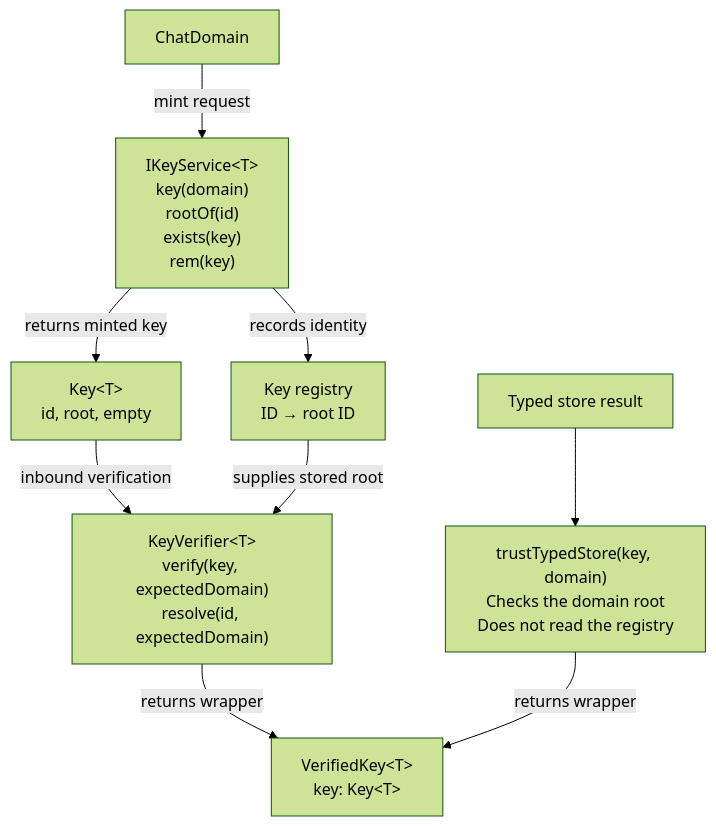
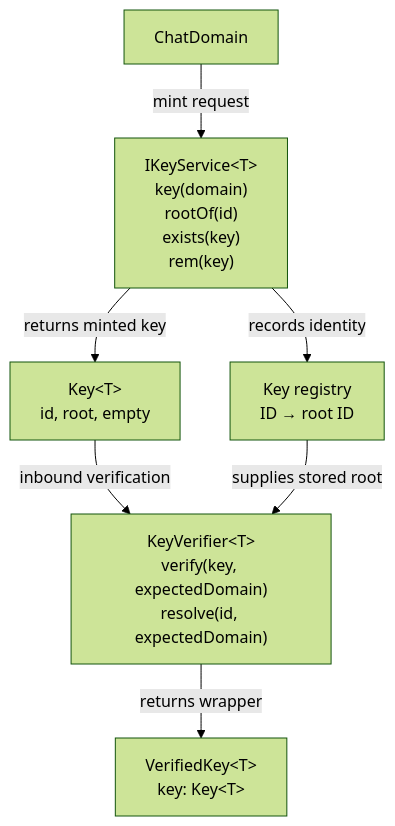
Before and after one commit to marios-code-path/demo-chat: the third of 4 diagrams in docs/KEY-ROOT-IDENTITY.md, drawn with Mermaid (forest theme). The commit also changed other lines of this file and 23 other files, not shown here.

````diff
--- a/docs/KEY-ROOT-IDENTITY.md
+++ b/docs/KEY-ROOT-IDENTITY.md
@@ -89,20 +89,16 @@
 ```mermaid
 flowchart TD
     DOMAIN["ChatDomain"]
     SERVICE["IKeyService&lt;T&gt;<br/>key(domain)<br/>rootOf(id)<br/>exists(key)<br/>rem(key)"]
     REGISTRY["Key registry<br/>ID → root ID"]
     KEY["Key&lt;T&gt;<br/>id, root, empty"]
     VERIFIER["KeyVerifier&lt;T&gt;<br/>verify(key, expectedDomain)<br/>resolve(id, expectedDomain)"]
     VERIFIED["VerifiedKey&lt;T&gt;<br/>key: Key&lt;T&gt;"]
-    STORE["Typed store result"]
-    TRUST["trustTypedStore(key, domain)<br/>Checks the domain root<br/>Does not read the registry"]
 
     DOMAIN -->|mint request| SERVICE
     SERVICE -->|records identity| REGISTRY
     SERVICE -->|returns minted key| KEY
     KEY -->|inbound verification| VERIFIER
     REGISTRY -->|supplies stored root| VERIFIER
     VERIFIER -->|returns wrapper| VERIFIED
-    STORE --> TRUST
-    TRUST -->|returns wrapper| VERIFIED
 ```
````
